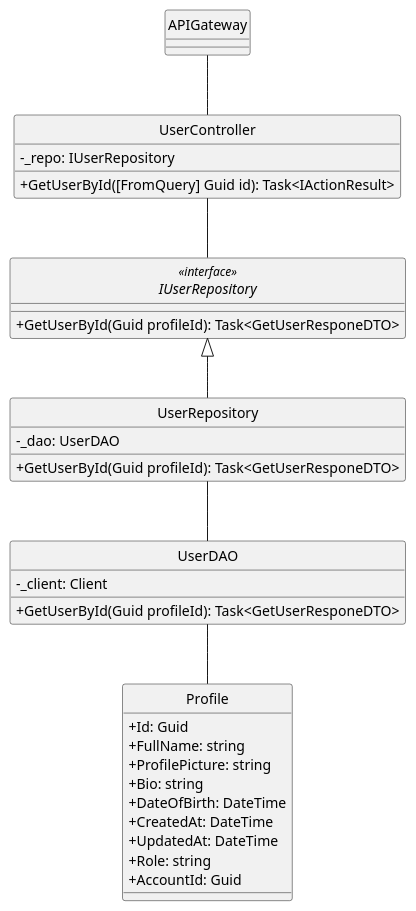
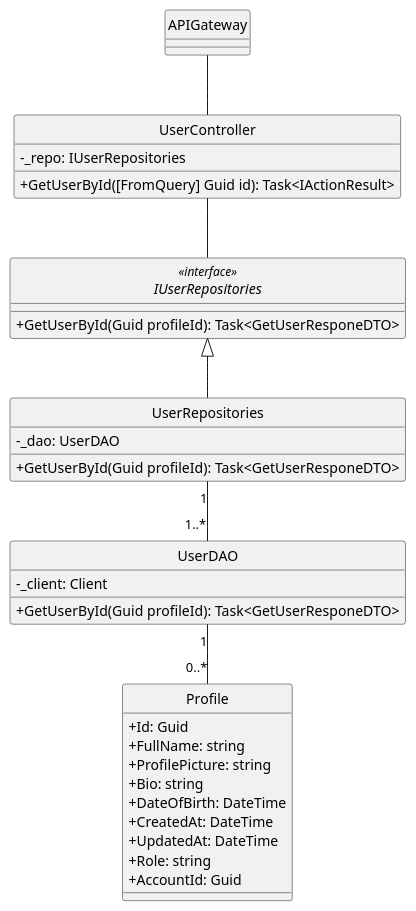
One commit to minhnhut23/FPT-OBOMS changed the diagram in docs/ClassDiagram/User/GetUserById/GetUserById.plantuml. Above: the diagram before and after it, drawn with PlantUML. The commit also changed 9 other files, not shown here.

Commit message:
edit diagram auth and user

```diff
--- a/docs/ClassDiagram/User/GetUserById/GetUserById.plantuml
+++ b/docs/ClassDiagram/User/GetUserById/GetUserById.plantuml
@@ -1,47 +1,47 @@
 @startuml getUserById
 hide circle
 skinparam classAttributeIconSize 0
 skinparam linetype ortho
 
 class APIGateway {
 }
 
 class UserController{
-    - _repo: IUserRepository
+    - _repo: IUserRepositories
     + GetUserById([FromQuery] Guid id): Task<IActionResult>
 }
 
-interface IUserRepository<<interface>> {
+interface IUserRepositories<<interface>> {
     + GetUserById(Guid profileId): Task<GetUserResponeDTO>
 }
 
-class UserRepository {
+class UserRepositories {
     - _dao: UserDAO
     + GetUserById(Guid profileId): Task<GetUserResponeDTO>
 }
 
 class UserDAO {
     - _client: Client
     + GetUserById(Guid profileId): Task<GetUserResponeDTO>
 }
 
 class Profile {
     + Id: Guid
     + FullName: string
     + ProfilePicture: string
     + Bio: string
     + DateOfBirth: DateTime
     + CreatedAt: DateTime
     + UpdatedAt: DateTime
     + Role: string
     + AccountId: Guid
 }
 
 APIGateway -- UserController
-UserController -- IUserRepository 
-IUserRepository <|-- UserRepository
+UserController -- IUserRepositories 
+IUserRepositories <|-- UserRepositories
 
-UserRepository -- UserDAO
-UserDAO -- Profile
+UserRepositories "1"--"1..*" UserDAO
+UserDAO "1"--"0..*" Profile
 
 @enduml
```
